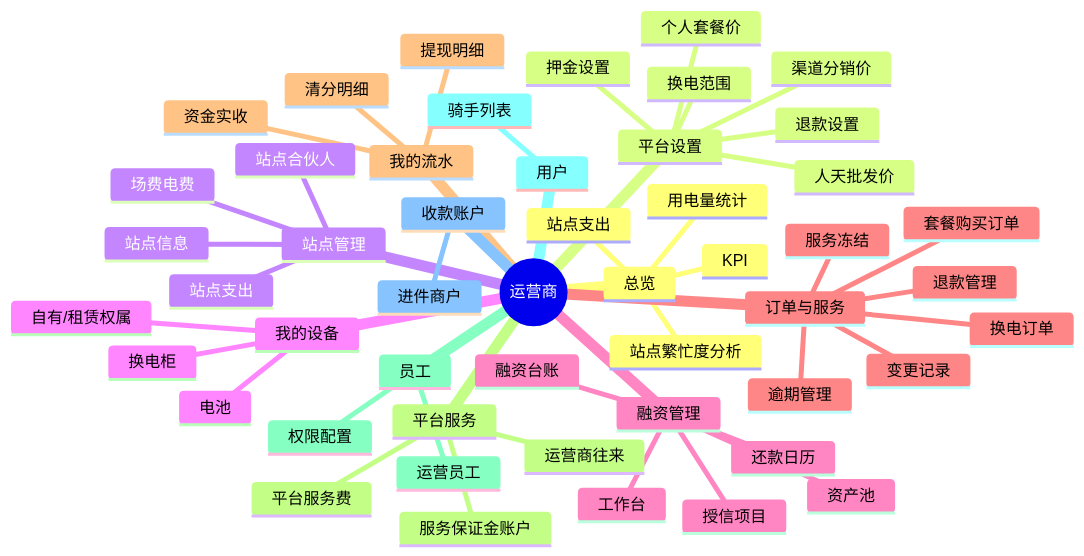
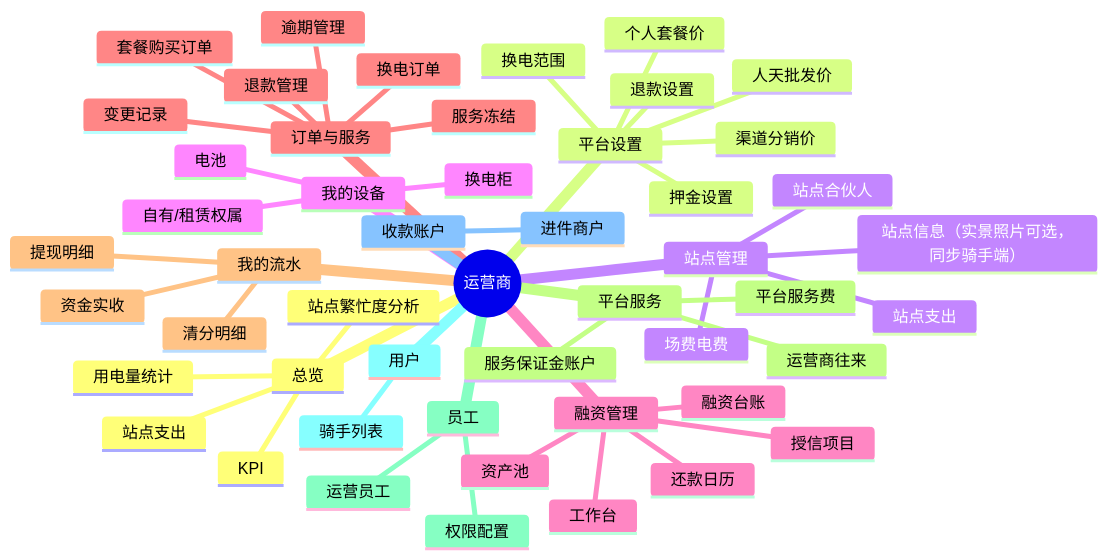
One commit to liudali/rider-swap-operator-prototype changed the fourth of 16 diagrams in docs/功能结构与业务流程.md. Above: the diagram before and after it, drawn with Mermaid. The commit also changed 46 other files, not shown here.

Commit message:
更新原型：运营商站点实景同步骑手端，无图用默认背景

````diff
--- a/docs/功能结构与业务流程.md
+++ b/docs/功能结构与业务流程.md
@@ -182,53 +182,53 @@
 ```mermaid
 mindmap
   root((运营商))
     总览
       KPI
       站点繁忙度分析
       用电量统计
       站点支出
     平台设置
       个人套餐价
       押金设置
       退款设置
       人天批发价
       渠道分销价
       换电范围
     站点管理
-      站点信息
+      站点信息（实景照片可选，同步骑手端）
       场费电费
       站点支出
       站点合伙人
     我的设备
       换电柜
       电池
       自有/租赁权属
     融资管理
       工作台
       融资台账
       授信项目
       资产池
       还款日历
     订单与服务
       套餐购买订单
       换电订单
       服务冻结
       变更记录
       退款管理
       逾期管理
     我的流水
       资金实收
       清分明细
       提现明细
     平台服务
       服务保证金账户
       平台服务费
       运营商往来
     员工
       运营员工
       权限配置
     用户
       骑手列表
     收款账户
       进件商户
 ```
````
